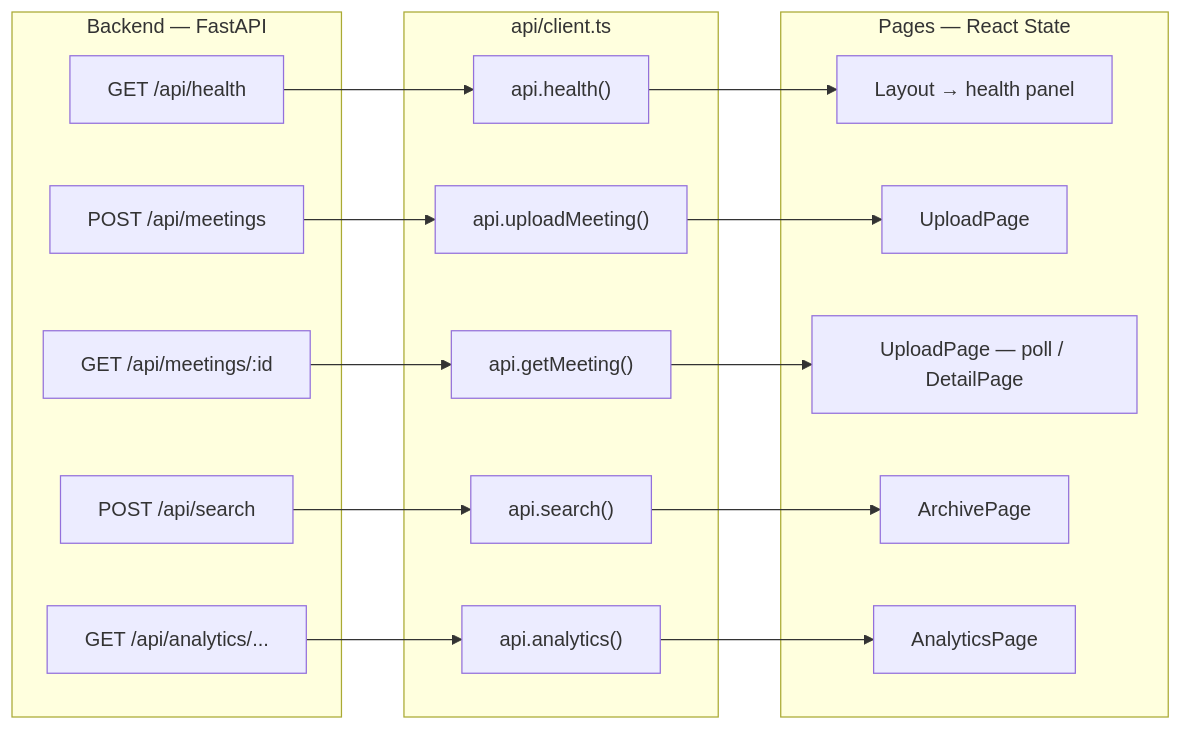
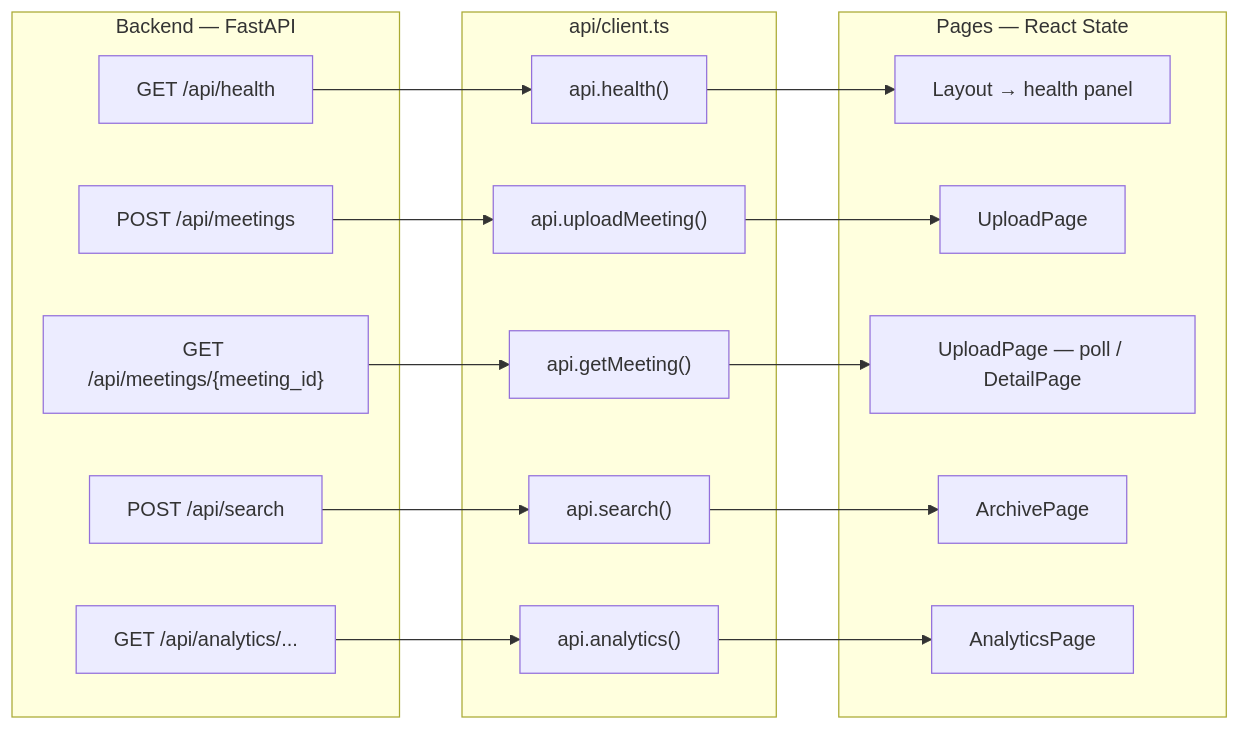
The first of 2 diagrams in docs/FRONTEND_INTERNALS.md (dibyo10/meeting-intelligence-platform), drawn with Mermaid before and after one commit. The commit also changed 2 other files, not shown here.

Commit message:
Address Copilot review comments

````diff
--- a/docs/FRONTEND_INTERNALS.md
+++ b/docs/FRONTEND_INTERNALS.md
@@ -12,32 +12,32 @@
 ```mermaid
 flowchart LR
     subgraph Backend["Backend — FastAPI"]
         E1["GET /api/health"]
         E2["POST /api/meetings"]
-        E3["GET /api/meetings/:id"]
+        E3["GET /api/meetings/{meeting_id}"]
         E4["POST /api/search"]
         E5["GET /api/analytics/..."]
     end
 
     subgraph Client["api/client.ts"]
         C1["api.health()"]
         C2["api.uploadMeeting()"]
         C3["api.getMeeting()"]
         C4["api.search()"]
         C5["api.analytics()"]
     end
 
     subgraph Pages["Pages — React State"]
         P1["Layout → health panel"]
         P2["UploadPage"]
         P3["UploadPage — poll / DetailPage"]
         P4["ArchivePage"]
         P5["AnalyticsPage"]
     end
 
     E1 --> C1 --> P1
     E2 --> C2 --> P2
     E3 --> C3 --> P3
     E4 --> C4 --> P4
     E5 --> C5 --> P5
 ```
````
